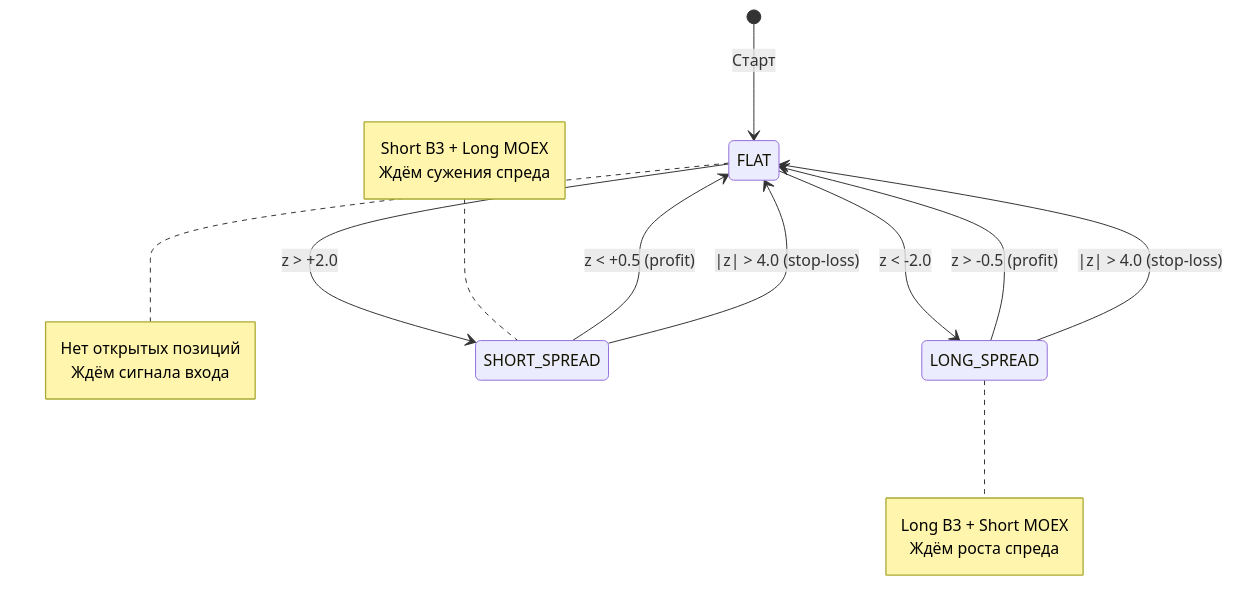
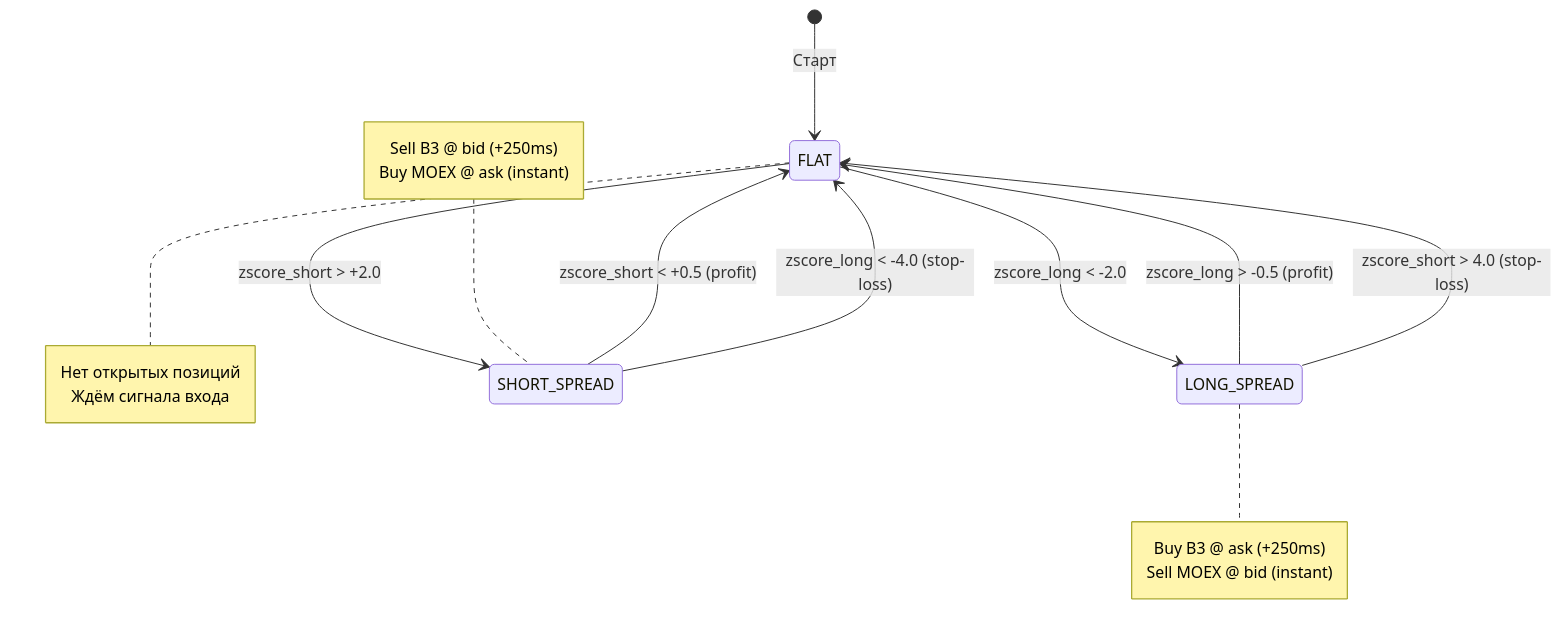
The second of 3 diagrams in task3-gold-arbitrage/strategy.md (4sm-ops/algo-test-task-01), drawn with Mermaid before and after one commit. The commit also changed other lines of this file, not shown here.

Commit message:
task-03 - updated mermaid diagrams

````diff
--- a/task3-gold-arbitrage/strategy.md
+++ b/task3-gold-arbitrage/strategy.md
@@ -423,28 +424,28 @@
 ```mermaid
 stateDiagram-v2
     [*] --> FLAT: Старт
 
-    FLAT --> LONG_SPREAD: z < -2.0
-    FLAT --> SHORT_SPREAD: z > +2.0
+    FLAT --> LONG_SPREAD: zscore_long < -2.0
+    FLAT --> SHORT_SPREAD: zscore_short > +2.0
 
-    LONG_SPREAD --> FLAT: z > -0.5 (profit)
-    LONG_SPREAD --> FLAT: |z| > 4.0 (stop-loss)
+    LONG_SPREAD --> FLAT: zscore_long > -0.5 (profit)
+    LONG_SPREAD --> FLAT: zscore_short > 4.0 (stop-loss)
 
-    SHORT_SPREAD --> FLAT: z < +0.5 (profit)
-    SHORT_SPREAD --> FLAT: |z| > 4.0 (stop-loss)
+    SHORT_SPREAD --> FLAT: zscore_short < +0.5 (profit)
+    SHORT_SPREAD --> FLAT: zscore_long < -4.0 (stop-loss)
 
     note right of FLAT
         Нет открытых позиций
         Ждём сигнала входа
     end note
 
     note right of LONG_SPREAD
-        Long B3 + Short MOEX
-        Ждём роста спреда
+        Buy B3 @ ask (+250ms)
+        Sell MOEX @ bid (instant)
     end note
 
     note left of SHORT_SPREAD
-        Short B3 + Long MOEX
-        Ждём сужения спреда
+        Sell B3 @ bid (+250ms)
+        Buy MOEX @ ask (instant)
     end note
 ```
````
